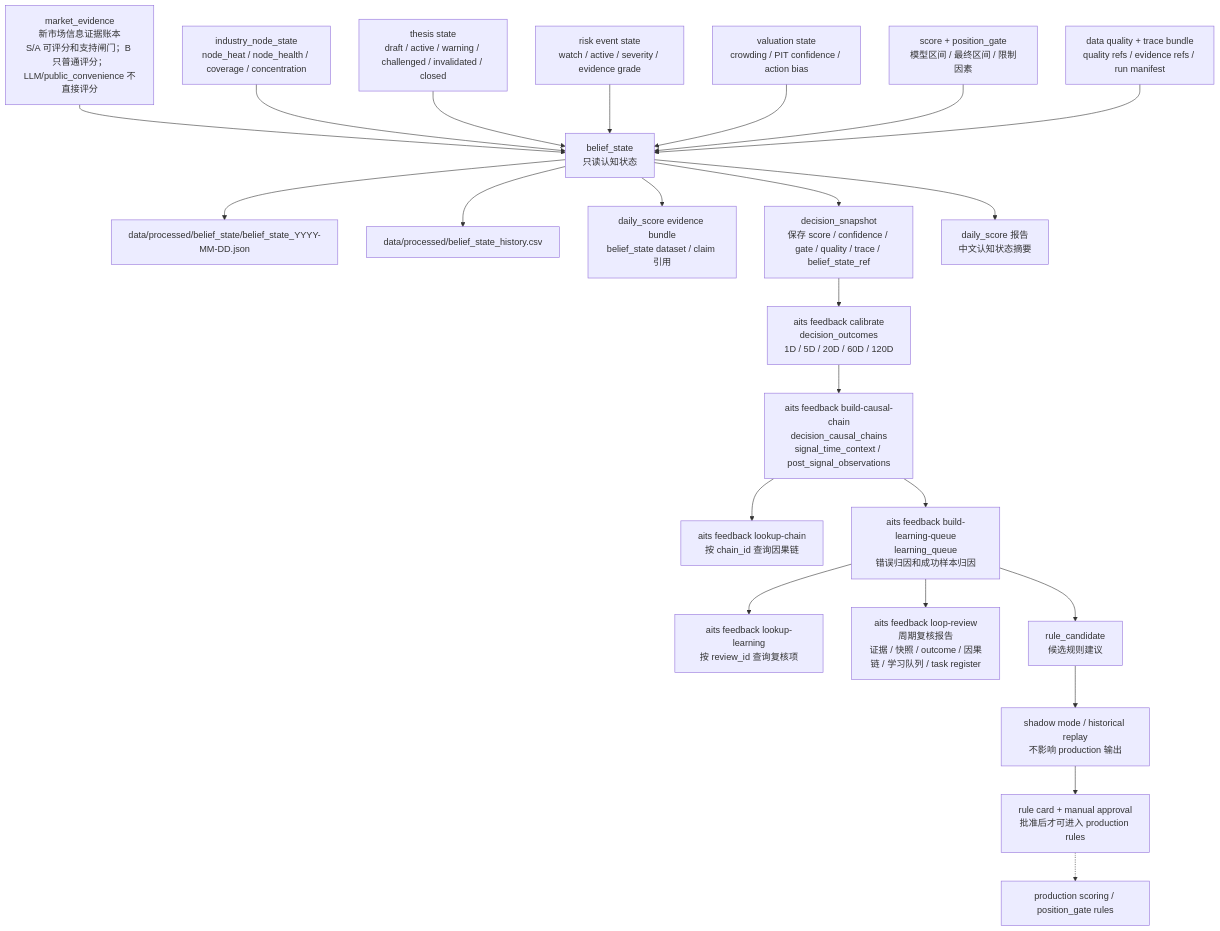
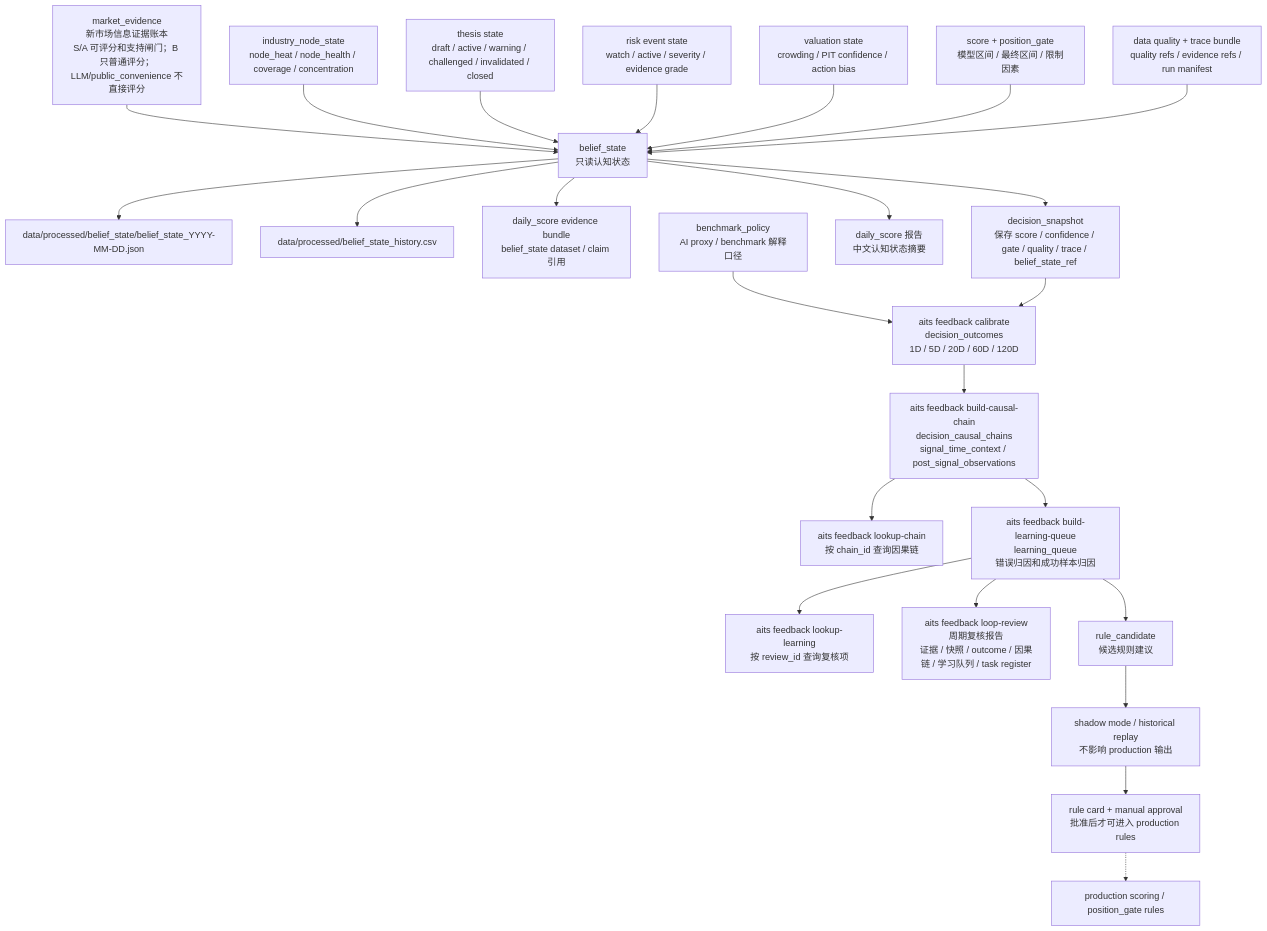
Before and after one commit to AI-Trading-Collaboration/AITradingSystem: the fifth of 6 diagrams in docs/system_flow.md, drawn with Mermaid. The commit also changed other lines of this file and 11 other files, not shown here.

Commit message:
Implement benchmark policy baseline

````diff
--- a/docs/system_flow.md
+++ b/docs/system_flow.md
@@ -581,28 +593,29 @@
 ```mermaid
 flowchart TD
     E0["market_evidence<br/>新市场信息证据账本<br/>S/A 可评分和支持闸门；B 只普通评分；LLM/public_convenience 不直接评分"] --> B0["belief_state<br/>只读认知状态"]
     C0["industry_node_state<br/>node_heat / node_health / coverage / concentration"] --> B0
     T0["thesis state<br/>draft / active / warning / challenged / invalidated / closed"] --> B0
     R0["risk event state<br/>watch / active / severity / evidence grade"] --> B0
     V0["valuation state<br/>crowding / PIT confidence / action bias"] --> B0
     S0["score + position_gate<br/>模型区间 / 最终区间 / 限制因素"] --> B0
     Q0["data quality + trace bundle<br/>quality refs / evidence refs / run manifest"] --> B0
 
     B0 --> B1["data/processed/belief_state/belief_state_YYYY-MM-DD.json"]
     B0 --> B2["data/processed/belief_state_history.csv"]
     B0 --> B3["daily_score evidence bundle<br/>belief_state dataset / claim 引用"]
     B0 --> D0["decision_snapshot<br/>保存 score / confidence / gate / quality / trace / belief_state_ref"]
     B0 --> RPT["daily_score 报告<br/>中文认知状态摘要"]
 
+    BPX["benchmark_policy<br/>AI proxy / benchmark 解释口径"] --> O0
     D0 --> O0["aits feedback calibrate<br/>decision_outcomes<br/>1D / 5D / 20D / 60D / 120D"]
     O0 --> CA0["aits feedback build-causal-chain<br/>decision_causal_chains<br/>signal_time_context / post_signal_observations"]
     CA0 --> CAQ["aits feedback lookup-chain<br/>按 chain_id 查询因果链"]
     CA0 --> L0["aits feedback build-learning-queue<br/>learning_queue<br/>错误归因和成功样本归因"]
     L0 --> LQ["aits feedback lookup-learning<br/>按 review_id 查询复核项"]
     L0 --> LR0["aits feedback loop-review<br/>周期复核报告<br/>证据 / 快照 / outcome / 因果链 / 学习队列 / task register"]
     L0 --> RC0["rule_candidate<br/>候选规则建议"]
     RC0 --> SH0["shadow mode / historical replay<br/>不影响 production 输出"]
     SH0 --> GOV0["rule card + manual approval<br/>批准后才可进入 production rules"]
 
     GOV0 -.-> PROD0["production scoring / position_gate rules"]
 ```
````
